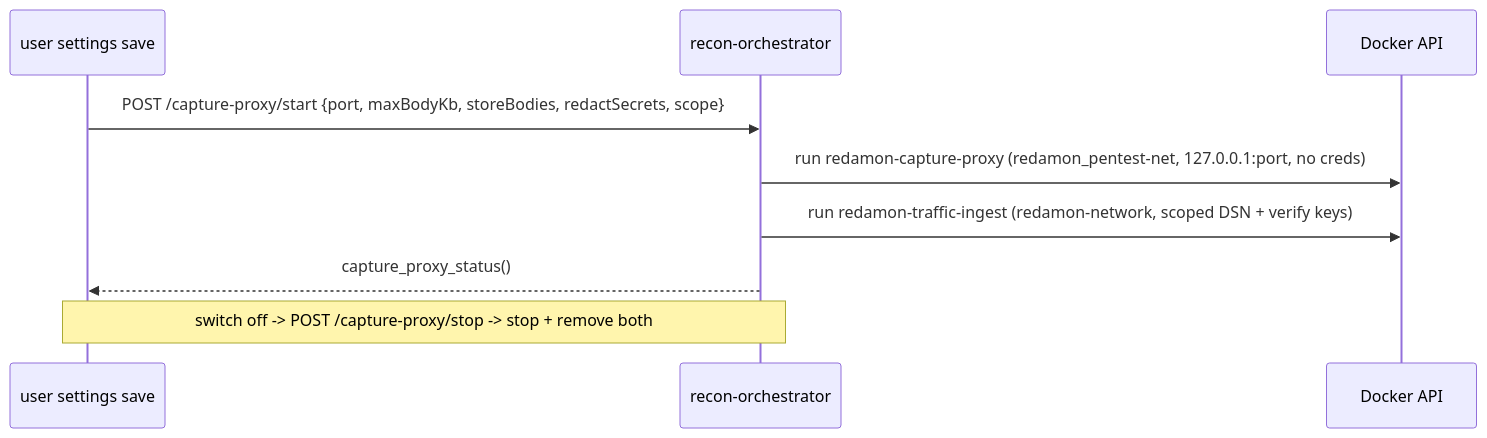
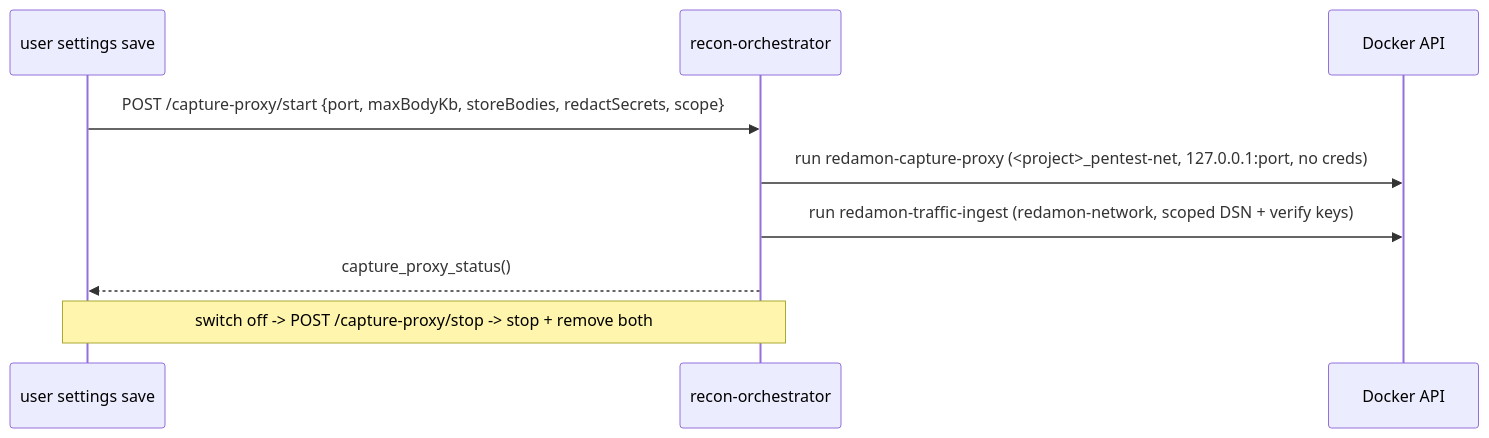
The seventh of 14 diagrams in docs/readmes/README.TRAFFIC.md (samugit83/redamon), drawn with Mermaid before and after one commit. The commit also changed other lines of this file and 11 other files, not shown here.

````diff
--- a/docs/readmes/README.TRAFFIC.md
+++ b/docs/readmes/README.TRAFFIC.md
@@ -739,12 +739,12 @@
 ```mermaid
 sequenceDiagram
     participant UI as user settings save
     participant Orch as recon-orchestrator
     participant Docker as Docker API
 
     UI->>Orch: POST /capture-proxy/start {port, maxBodyKb, storeBodies, redactSecrets, scope}
-    Orch->>Docker: run redamon-capture-proxy (redamon_pentest-net, 127.0.0.1:port, no creds)
+    Orch->>Docker: run redamon-capture-proxy (<project>_pentest-net, 127.0.0.1:port, no creds)
     Orch->>Docker: run redamon-traffic-ingest (redamon-network, scoped DSN + verify keys)
     Orch-->>UI: capture_proxy_status()
     Note over UI,Orch: switch off -> POST /capture-proxy/stop -> stop + remove both
 ```
````
